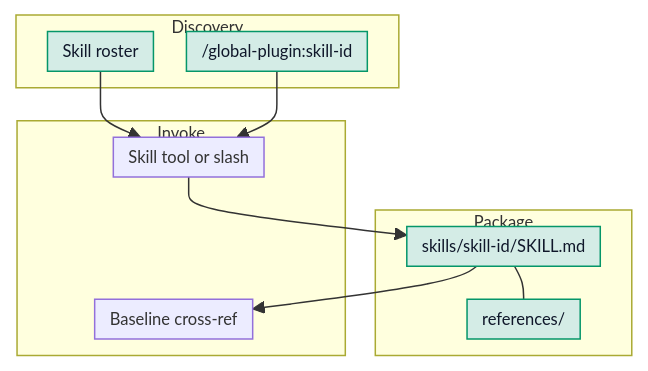
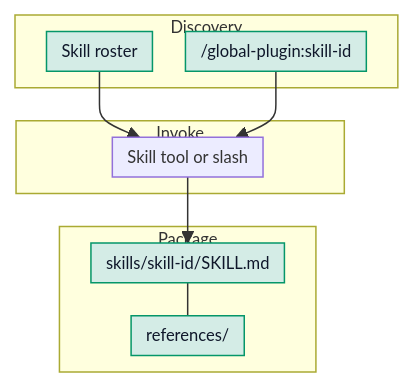
The fourth of 6 diagrams in plugin/README.md (Pasanbasuru/company-plugin), drawn with Mermaid before and after one commit. The commit also changed other lines of this file, not shown here.

First line of the commit message:
docs(plugin): fix README accuracy — drop stale baseline node, correct companion install syntax

````diff
--- a/plugin/README.md
+++ b/plugin/README.md
@@ -241,26 +241,24 @@
 ```mermaid
 %%{init: {"themeVariables": {"fontSize": "11px"}, "flowchart": {"padding": 5, "nodeSpacing": 22, "rankSpacing": 22, "diagramPadding": 4}}}%%
 flowchart TD
 classDef hooks fill:#d2def4,stroke:#2563eb,color:#0f172a
 classDef scripts fill:#e8d9f3,stroke:#9333ea,color:#0f172a
 classDef skills fill:#d4ece6,stroke:#059669,color:#0f172a
 classDef templates fill:#f6dfd3,stroke:#ea580c,color:#0f172a
   subgraph discovery ["Discovery"]
     R["Skill roster"]
     M["/global-plugin:skill-id"]
   end
   subgraph content ["Package"]
     S["skills/skill-id/SKILL.md"]
     REF["references/"]
   end
   subgraph use ["Invoke"]
     T["Skill tool or slash"]
-    X["Baseline cross-ref"]
   end
   R --> T
   M --> T
   T --> S
   S --- REF
-  S --> X
 class M,R,S,REF skills
 ```
````
